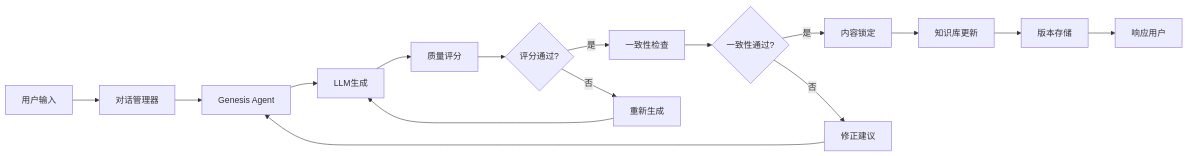
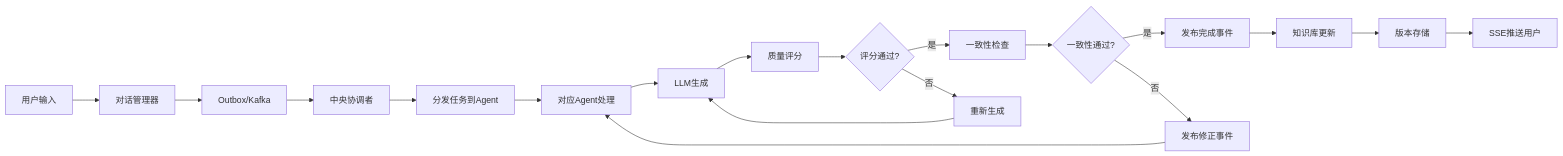
The third of 5 diagrams in .tasks/novel-genesis-stage/design-hld.md (zhiyue/infinite-scribe), drawn with Mermaid before and after one commit. The commit also changed other lines of this file, not shown here.

Commit message:
feat(novel-genesis-stage): update HLD document status and timestamps

````diff
--- a/.tasks/novel-genesis-stage/design-hld.md
+++ b/.tasks/novel-genesis-stage/design-hld.md
@@ -107,18 +166,21 @@
 ```mermaid
 graph LR
     A[用户输入] --> B[对话管理器]
-    B --> C[Genesis Agent]
-    C --> D[LLM生成]
-    D --> E[质量评分]
-    E --> F{评分通过?}
-    F -->|是| G[一致性检查]
-    F -->|否| H[重新生成]
-    H --> D
-    G --> I{一致性通过?}
-    I -->|是| J[内容锁定]
-    I -->|否| K[修正建议]
-    K --> C
-    J --> L[知识库更新]
-    L --> M[版本存储]
-    M --> N[响应用户]
+    B --> C[Outbox/Kafka]
+    C --> D[中央协调者]
+    D --> E[分发任务到Agent]
+    E --> F[对应Agent处理]
+    F --> G[LLM生成]
+    G --> H[质量评分]
+    H --> I{评分通过?}
+    I -->|是| J[一致性检查]
+    I -->|否| K[重新生成]
+    K --> G
+    J --> L{一致性通过?}
+    L -->|是| M[发布完成事件]
+    L -->|否| N[发布修正事件]
+    N --> F
+    M --> O[知识库更新]
+    O --> P[版本存储]
+    P --> Q[SSE推送用户]
 ```
````
